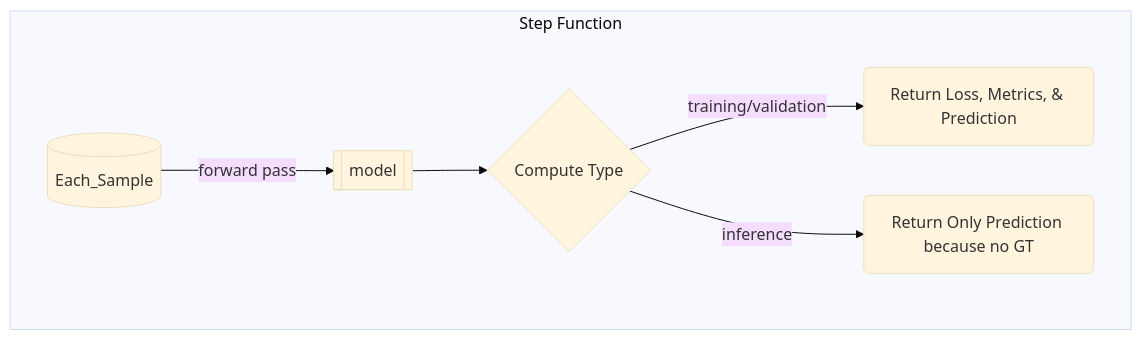
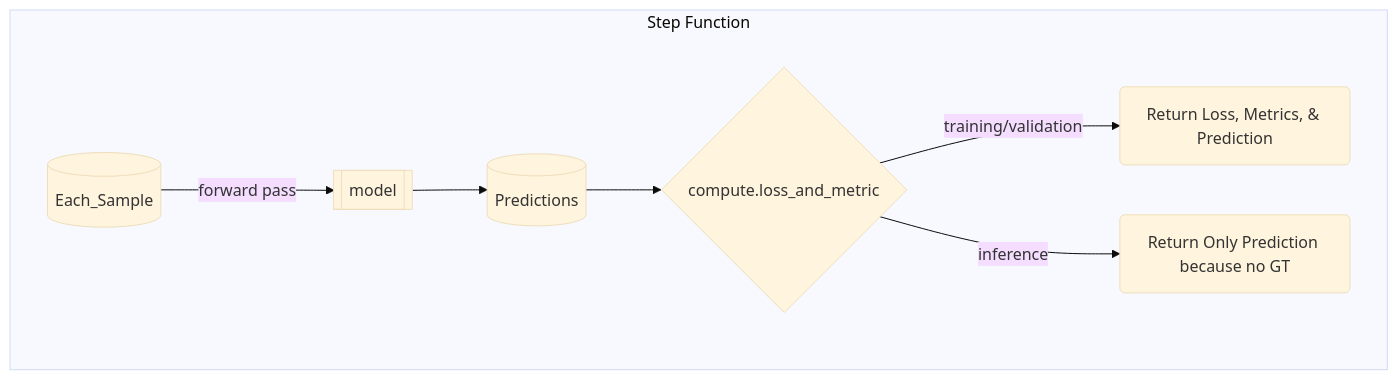
One commit to szmazurek/GaNDLF changed the sixth of 6 diagrams in docs/flowchart.md. Above: the diagram before and after it, drawn with Mermaid (base theme).

Commit message:
updated step to include `loss_and_metric` function

````diff
--- a/docs/flowchart.md
+++ b/docs/flowchart.md
@@ -111,9 +111,10 @@
 ```mermaid
 flowchart TD
     subgraph Step Function
         Each_Sample[(Each_Sample)] -->|forward pass| model[[model]]
-        model[[model]] --> type{Compute Type}
+        model --> Predictions[(Predictions)]
+        Predictions[(Predictions)] --> type{compute.loss_and_metric}
         type -->|training/validation| loss(Return Loss, Metrics, & Prediction)
         type -->|inference| inferences_metrics(Return Only Prediction because no GT)
     end
 ```
````
